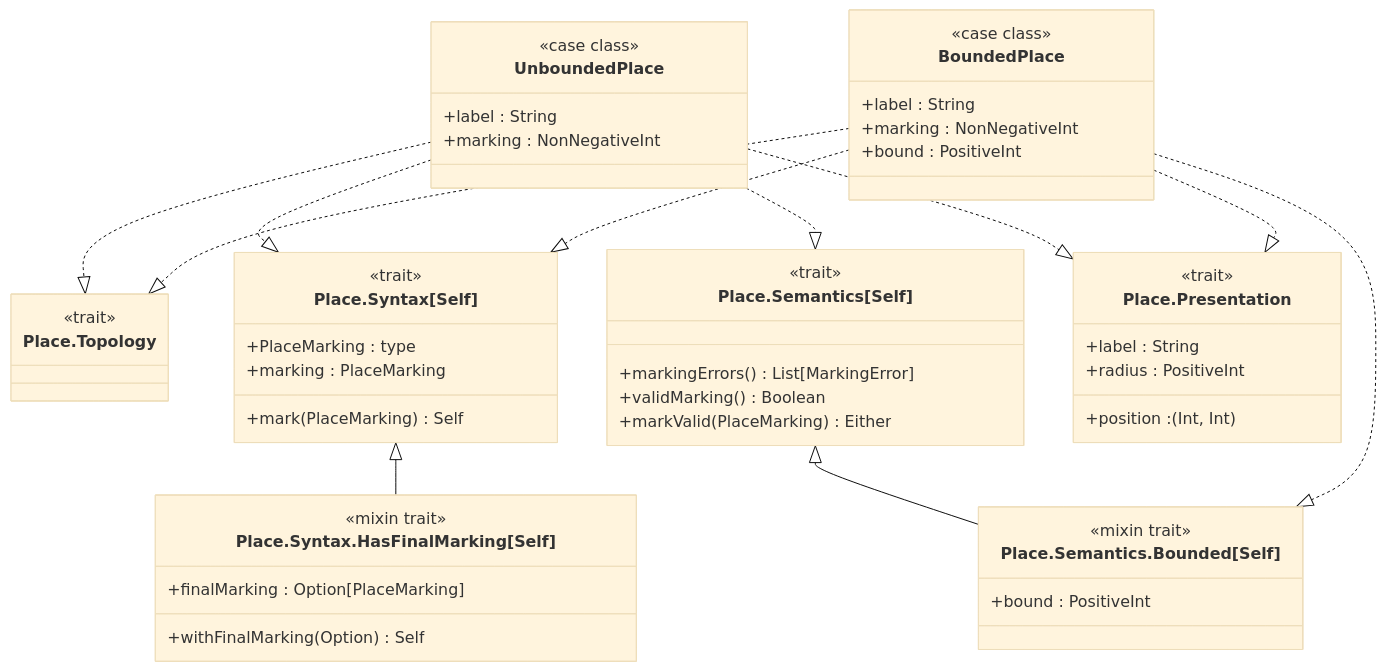
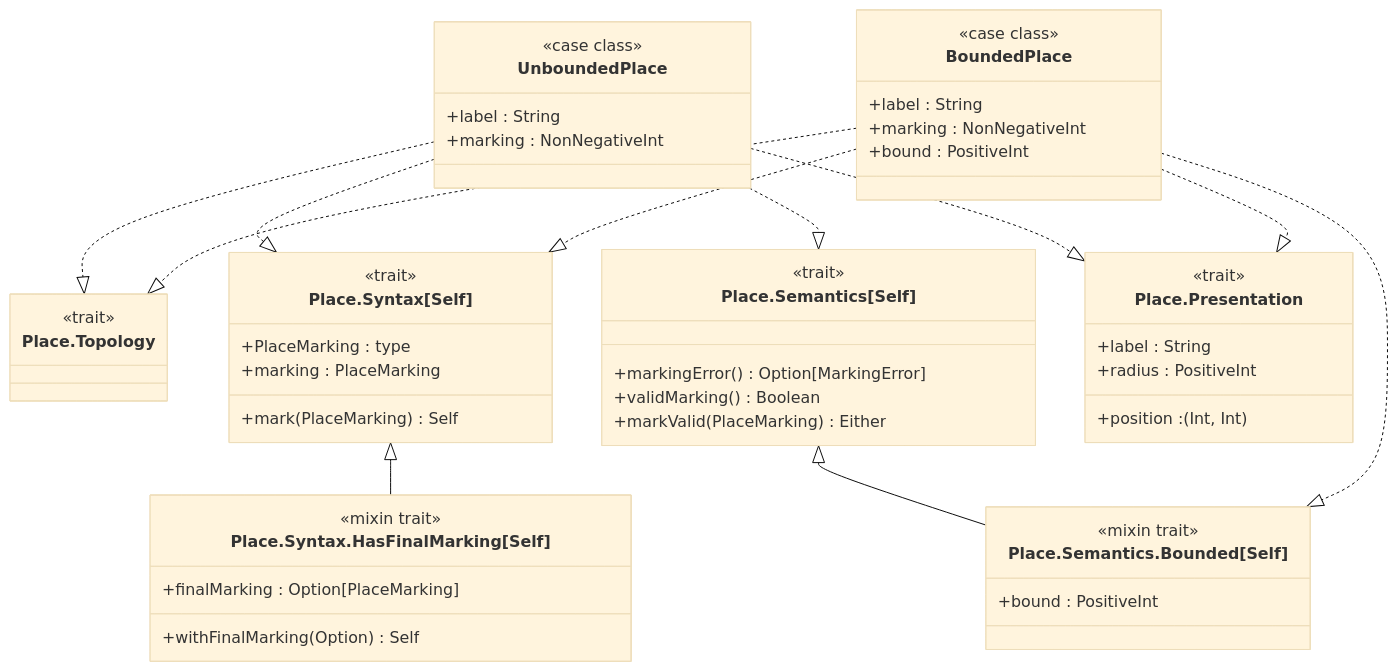
Before and after one commit to cardano-hydrozoa/hydrozoa: the third of 9 diagrams in docs/petri-net-library.md, drawn with Mermaid (base theme). The commit also changed 6 other files, not shown here.

````diff
--- a/docs/petri-net-library.md
+++ b/docs/petri-net-library.md
@@ -57,57 +57,57 @@
 ```mermaid
 classDiagram
     class PlaceTopology["Place.Topology"] {
         <<trait>>
     }
     class PlaceSyntax["Place.Syntax[Self]"] {
         <<trait>>
         +PlaceMarking : type
         +marking : PlaceMarking
         +mark(PlaceMarking) Self
     }
     class HasFinalMarking["Place.Syntax.HasFinalMarking[Self]"] {
         <<mixin trait>>
         +finalMarking : Option[PlaceMarking]
         +withFinalMarking(Option) Self
     }
     class PlaceSemantics["Place.Semantics[Self]"] {
         <<trait>>
-        +markingErrors() List[MarkingError]
+        +markingError() Option[MarkingError]
         +validMarking() Boolean
         +markValid(PlaceMarking) Either
     }
     class Bounded["Place.Semantics.Bounded[Self]"] {
         <<mixin trait>>
         +bound : PositiveInt
     }
     class PlacePresentation["Place.Presentation"] {
         <<trait>>
         +label : String
         +position : (Int, Int)
         +radius : PositiveInt
     }
     class UnboundedPlace {
         <<case class>>
         +label : String
         +marking : NonNegativeInt
     }
     class BoundedPlace {
         <<case class>>
         +label : String
         +marking : NonNegativeInt
         +bound : PositiveInt
     }
 
     PlaceSyntax <|-- HasFinalMarking
     PlaceSemantics <|-- Bounded
 
     UnboundedPlace ..|> PlaceTopology
     UnboundedPlace ..|> PlaceSyntax
     UnboundedPlace ..|> PlaceSemantics
     UnboundedPlace ..|> PlacePresentation
 
     BoundedPlace ..|> PlaceTopology
     BoundedPlace ..|> PlaceSyntax
     BoundedPlace ..|> Bounded
     BoundedPlace ..|> PlacePresentation
 ```
````
